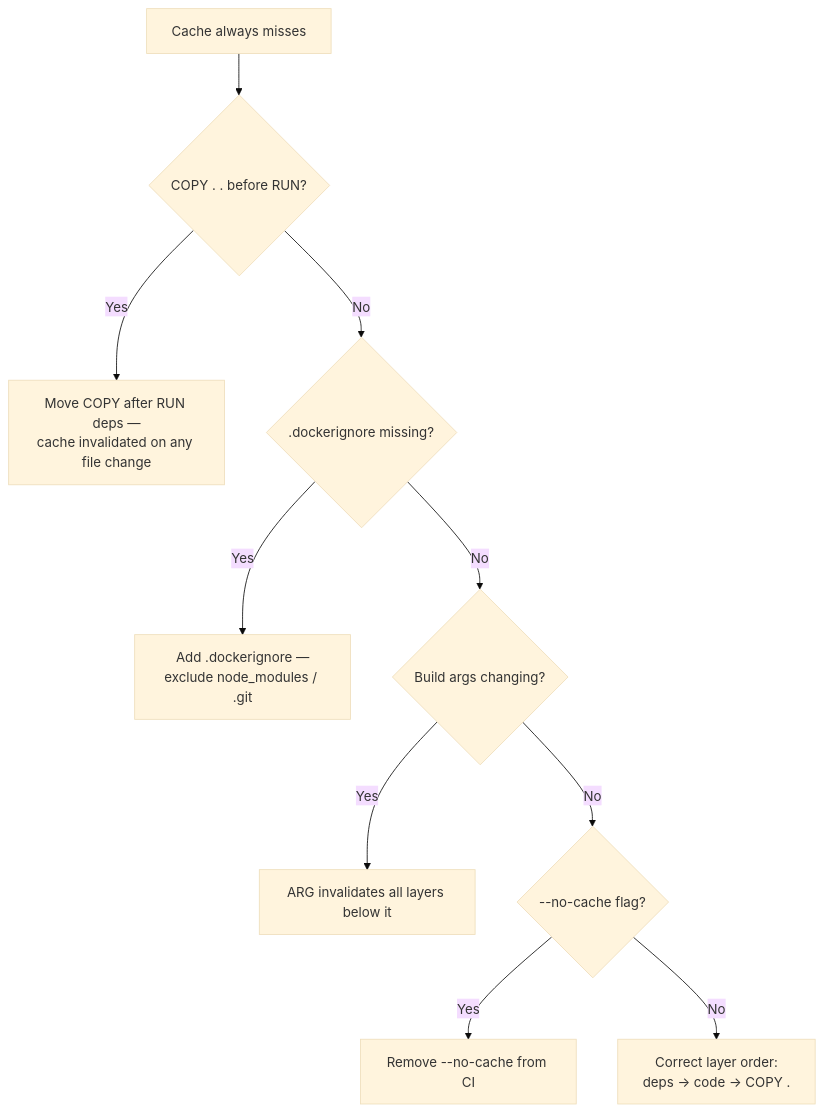
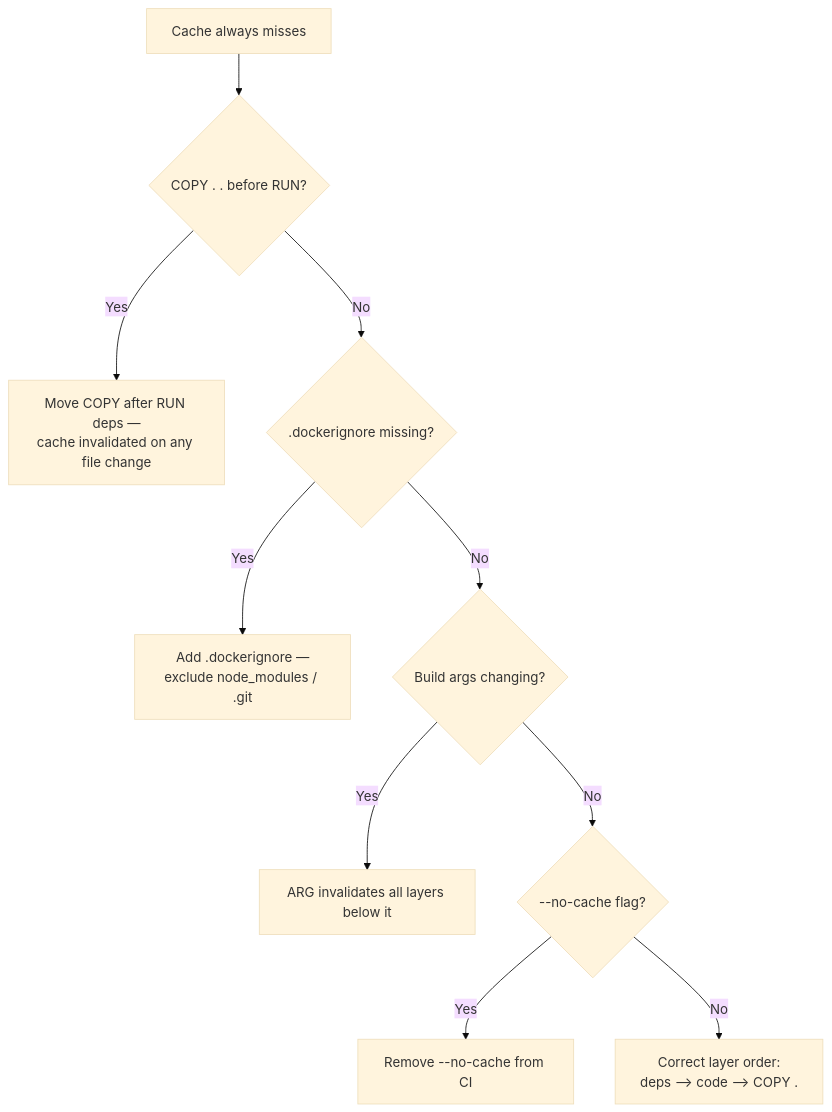
One commit to deepanshu-rawat6/tour-of-go changed the sixth of 10 diagrams in devops/docker/debugging.md. Above: the diagram before and after it, drawn with Mermaid (base theme). The commit also changed 25 other files, not shown here.

````diff
--- a/devops/docker/debugging.md
+++ b/devops/docker/debugging.md
@@ -186,12 +186,12 @@
 ```mermaid
 flowchart TD
     A[Cache always misses] --> B{COPY . . before RUN?}
     B -->|Yes| C[Move COPY after RUN deps —<br/>cache invalidated on any file change]
     B -->|No| D{.dockerignore missing?}
     D -->|Yes| E[Add .dockerignore —<br/>exclude node_modules / .git]
     D -->|No| F{Build args changing?}
     F -->|Yes| G[ARG invalidates all layers below it]
     F -->|No| H{--no-cache flag?}
     H -->|Yes| I[Remove --no-cache from CI]
-    H -->|No| J[Correct layer order:<br/>deps → code → COPY .]
+    H -->|No| J[Correct layer order:<br/>deps --> code --> COPY .]
 ```
````
